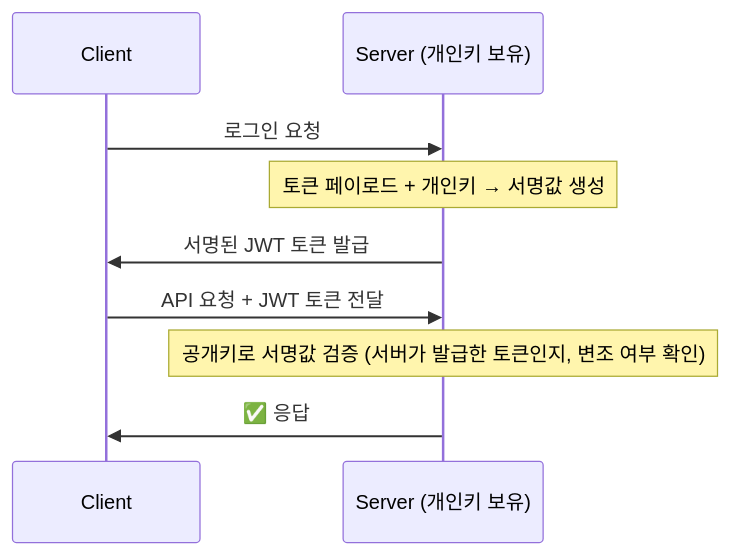
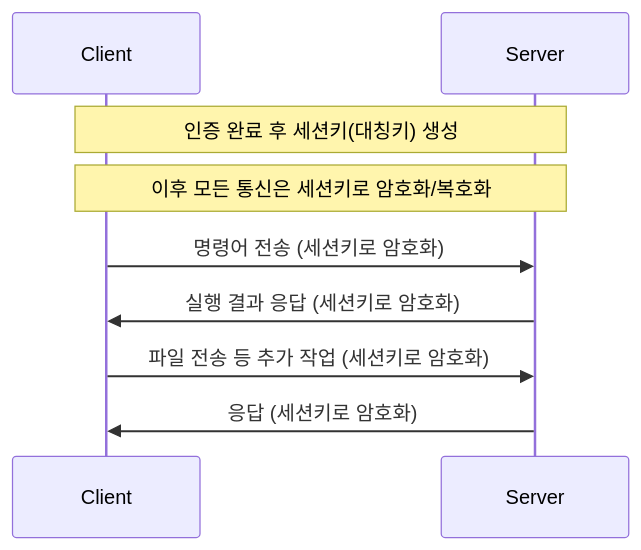
Before and after one commit to yhnoh/study: the second of 6 diagrams in 주니어_백엔드_개발자가_반드시_알아야_할_실무지식/08_Security/README.md, drawn with Mermaid. The commit also changed other lines of this file, not shown here.

````diff
--- a/주니어_백엔드_개발자가_반드시_알아야_할_실무지식/08_Security/README.md
+++ b/주니어_백엔드_개발자가_반드시_알아야_할_실무지식/08_Security/README.md
@@ -85,12 +89,13 @@
 ```mermaid
 sequenceDiagram
     participant C as Client
-    participant S as Server (개인키 보유)
+    participant S as Server
 
-    C->>S: 로그인 요청
-    Note over S: 토큰 페이로드 + 개인키 → 서명값 생성
-    S->>C: 서명된 JWT 토큰 발급
-    C->>S: API 요청 + JWT 토큰 전달
-    Note over S: 공개키로 서명값 검증 (서버가 발급한 토큰인지, 변조 여부 확인)
-    S->>C: ✅ 응답
+    Note over C,S: 인증 완료 후 세션키(대칭키) 생성
+    Note over C,S: 이후 모든 통신은 세션키로 암호화/복호화
+
+    C->>S: 명령어 전송 (세션키로 암호화)
+    S->>C: 실행 결과 응답 (세션키로 암호화)
+    C->>S: 파일 전송 등 추가 작업 (세션키로 암호화)
+    S->>C: 응답 (세션키로 암호화)
 ```
````
